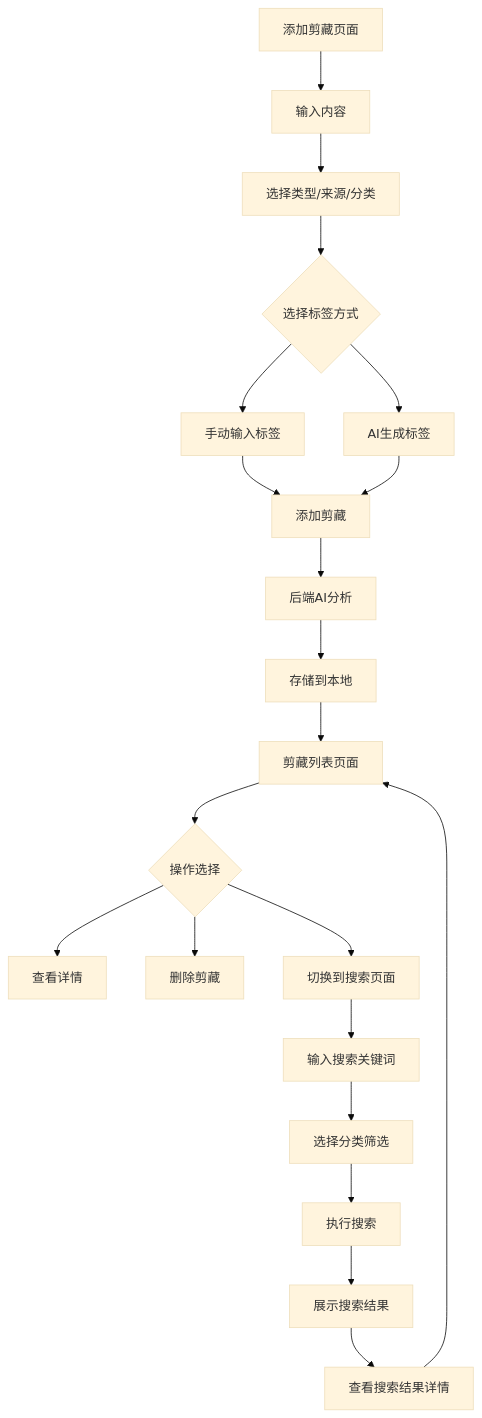
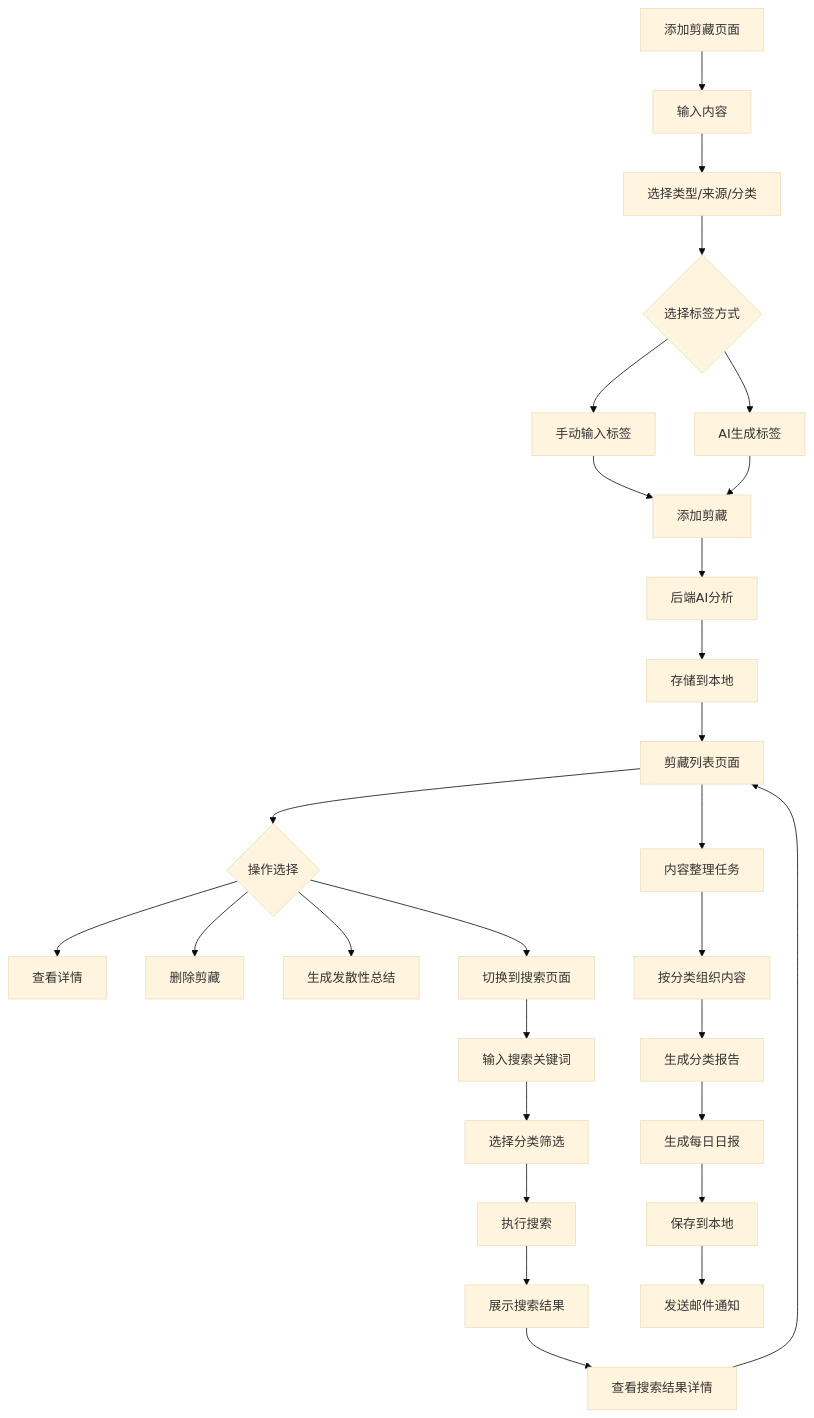
The diagram in PRD.md (wf-Peg/ai_coding), drawn with Mermaid (base theme) before and after one commit. The commit also changed other lines of this file and 10 other files, not shown here.

````diff
--- a/PRD.md
+++ b/PRD.md
@@ -50,23 +71,30 @@
 ```mermaid
 flowchart TD
     A[添加剪藏页面] --> B[输入内容]
     B --> C[选择类型/来源/分类]
     C --> D{选择标签方式}
     D --> E[手动输入标签]
     D --> F[AI生成标签]
     E --> G[添加剪藏]
     F --> G
     G --> H[后端AI分析]
     H --> I[存储到本地]
     I --> J[剪藏列表页面]
     J --> K{操作选择}
     K --> L[查看详情]
     K --> M[删除剪藏]
-    K --> N[切换到搜索页面]
-    N --> O[输入搜索关键词]
-    O --> P[选择分类筛选]
-    P --> Q[执行搜索]
-    Q --> R[展示搜索结果]
-    R --> S[查看搜索结果详情]
-    S --> J
+    K --> N[生成发散性总结]
+    K --> O[切换到搜索页面]
+    O --> P[输入搜索关键词]
+    P --> Q[选择分类筛选]
+    Q --> R[执行搜索]
+    R --> S[展示搜索结果]
+    S --> T[查看搜索结果详情]
+    T --> J
+    J --> U[内容整理任务]
+    U --> V[按分类组织内容]
+    V --> W[生成分类报告]
+    W --> X[生成每日日报]
+    X --> Y[保存到本地]
+    Y --> Z[发送邮件通知]
 ```
````
